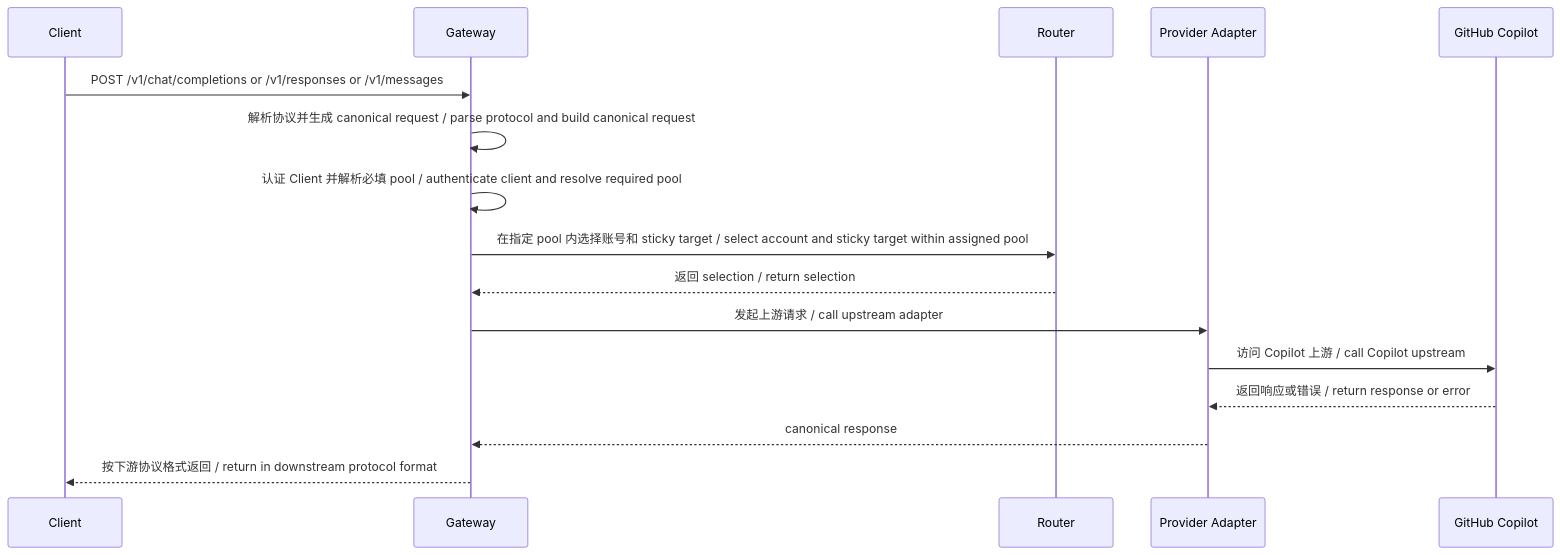
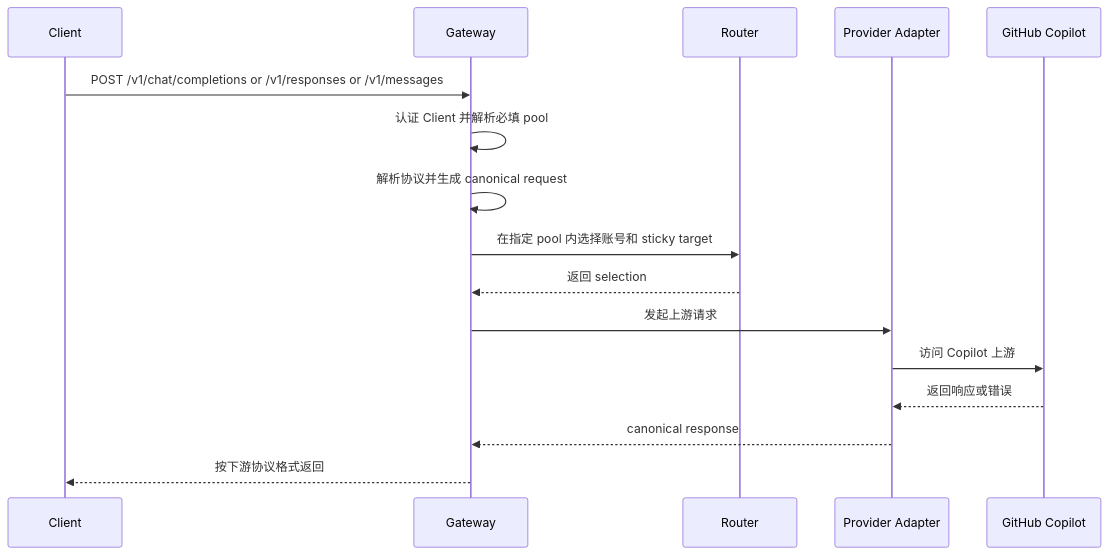
Before and after one commit to pczhao1210/ghcp-pool-proxy: the second of 4 diagrams in docs/architecture.zh.md, drawn with Mermaid. The commit also changed other lines of this file and 34 other files, not shown here.

First line of the commit message:
Publish runtime release 2026.09.12.1 (schema 21)

````diff
--- a/docs/architecture.zh.md
+++ b/docs/architecture.zh.md
@@ -63,19 +63,19 @@
 ```mermaid
 sequenceDiagram
   participant C as Client
   participant G as Gateway
   participant R as Router
   participant P as Provider Adapter
   participant U as GitHub Copilot
 
   C->>G: POST /v1/chat/completions or /v1/responses or /v1/messages
-  G->>G: 解析协议并生成 canonical request / parse protocol and build canonical request
-  G->>G: 认证 Client 并解析必填 pool / authenticate client and resolve required pool
-  G->>R: 在指定 pool 内选择账号和 sticky target / select account and sticky target within assigned pool
-  R-->>G: 返回 selection / return selection
-  G->>P: 发起上游请求 / call upstream adapter
-  P->>U: 访问 Copilot 上游 / call Copilot upstream
-  U-->>P: 返回响应或错误 / return response or error
+  G->>G: 认证 Client 并解析必填 pool
+  G->>G: 解析协议并生成 canonical request
+  G->>R: 在指定 pool 内选择账号和 sticky target
+  R-->>G: 返回 selection
+  G->>P: 发起上游请求
+  P->>U: 访问 Copilot 上游
+  U-->>P: 返回响应或错误
   P-->>G: canonical response
-  G-->>C: 按下游协议格式返回 / return in downstream protocol format
+  G-->>C: 按下游协议格式返回
 ```
````
